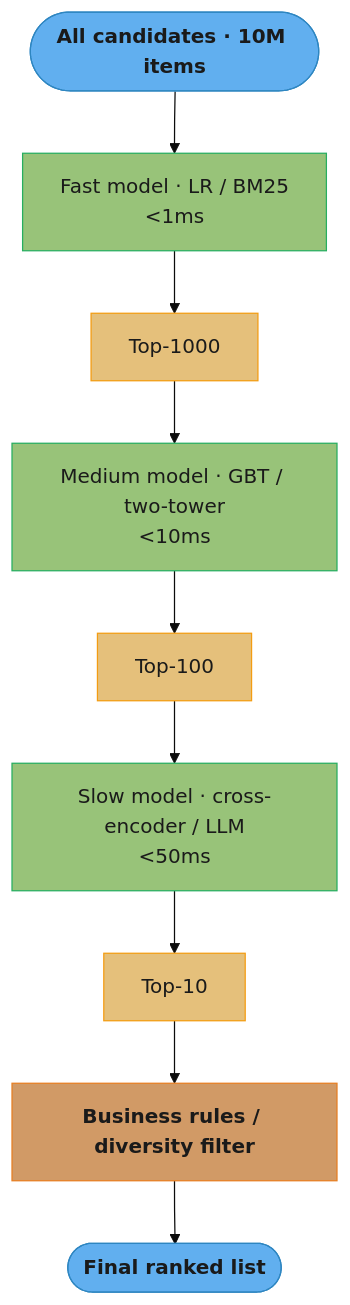
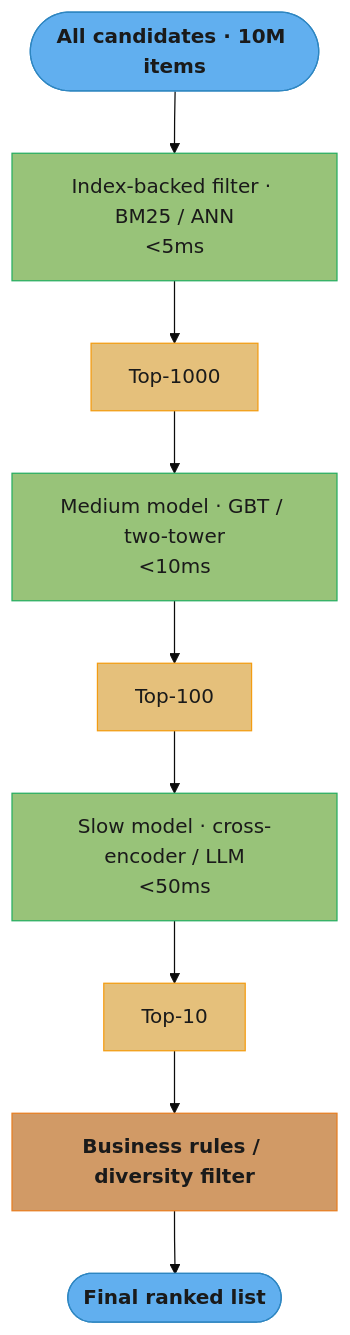
The fourth of 7 diagrams in src/main/java/com/rutik/systemdesign/ml/ml_interview_patterns/README.md (rppol/system-design), drawn with Mermaid (base theme) before and after one commit. The commit also changed other lines of this file and 114 other files, not shown here.

````diff
--- a/src/main/java/com/rutik/systemdesign/ml/ml_interview_patterns/README.md
+++ b/src/main/java/com/rutik/systemdesign/ml/ml_interview_patterns/README.md
@@ -303,30 +303,30 @@
 ```mermaid
 flowchart TD
     classDef io      fill:#61afef,stroke:#2e86c1,color:#1a1a1a,font-weight:bold
     classDef frozen  fill:#c678dd,stroke:#9b59b6,color:#fff
     classDef train   fill:#98c379,stroke:#27ae60,color:#1a1a1a
     classDef mathOp  fill:#d19a66,stroke:#e67e22,color:#1a1a1a,font-weight:bold
     classDef lossN   fill:#e06c75,stroke:#c0392b,color:#fff,font-weight:bold
     classDef req     fill:#56b6c2,stroke:#0097a7,color:#1a1a1a
     classDef base    fill:#e5c07b,stroke:#f39c12,color:#1a1a1a
 
     all(["All candidates · 10M items"])
-    all --> fast["Fast model · LR / BM25\n<1ms"]
+    all --> fast["Index-backed filter · BM25 / ANN\n<5ms"]
     fast --> k1["Top-1000"]
     k1 --> med["Medium model · GBT / two-tower\n<10ms"]
     med --> k2["Top-100"]
     k2 --> slow["Slow model · cross-encoder / LLM\n<50ms"]
     slow --> k3["Top-10"]
     k3 --> rules["Business rules / diversity filter"]
     rules --> out(["Final ranked list"])
 
     class all io
     class fast train
     class k1 base
     class med train
     class k2 base
     class slow train
     class k3 base
     class rules mathOp
     class out io
 ```
````
